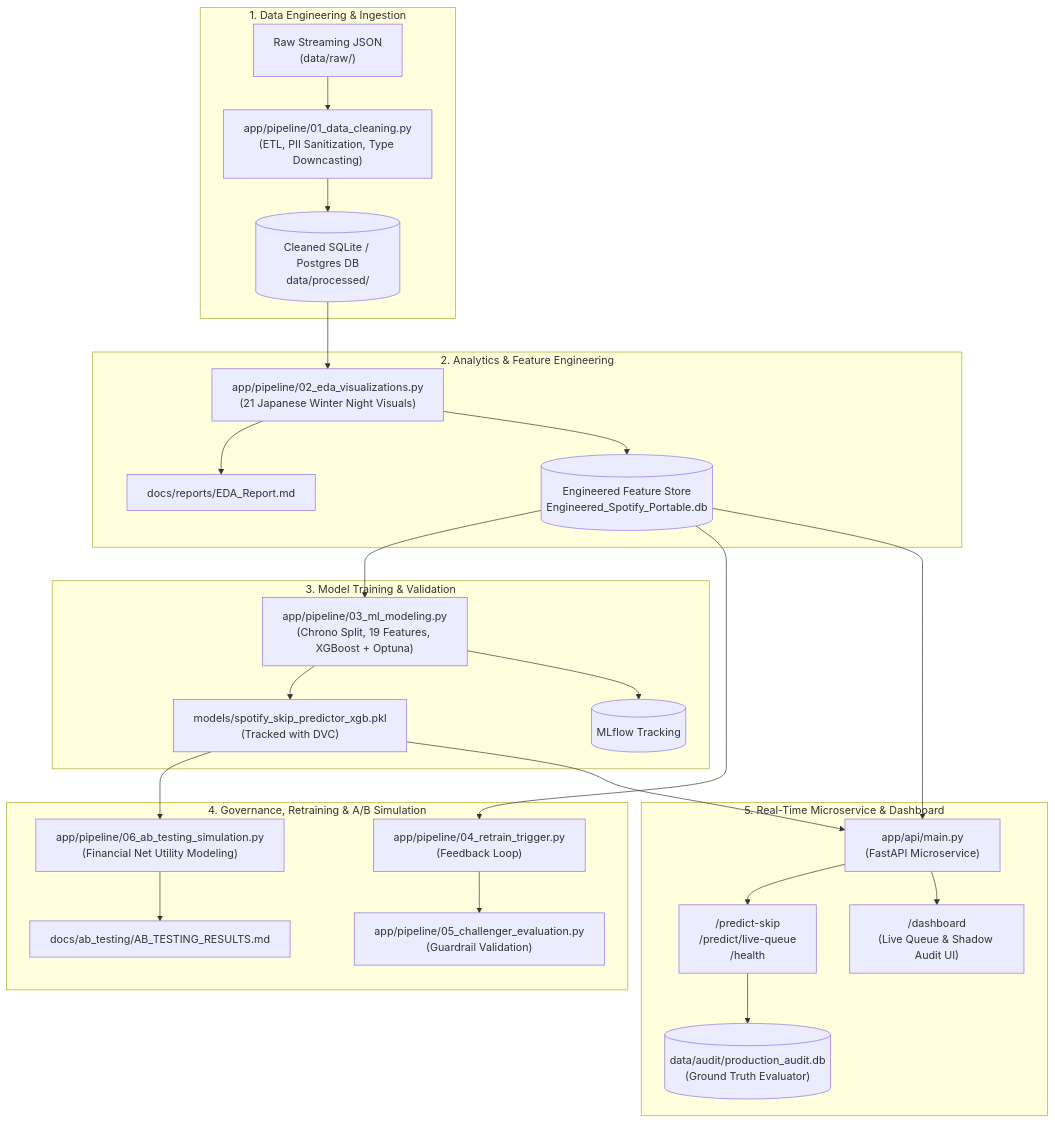
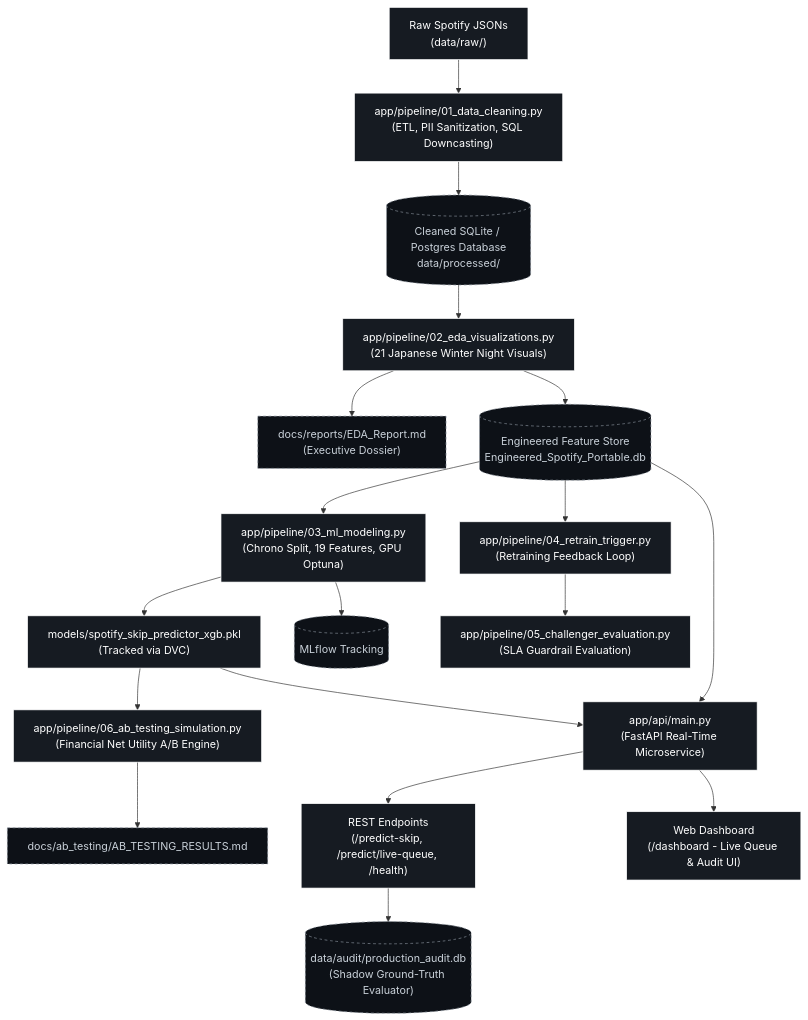
Before and after one commit to NotCatfish/Spotify-Analytics-Pipeline: the diagram in README.md, drawn with Mermaid. The commit also changed other lines of this file, not shown here.

Commit message:
docs: Fix color formatting, remove badges, clean mermaid styling, add Attempts 9-11 and AI directives

````diff
--- a/README.md
+++ b/README.md
@@ -52,34 +45,27 @@
 ```mermaid
 flowchart TD
-    subgraph Data_Engineering["1. Data Engineering & Ingestion"]
-        Raw["Raw Streaming JSON<br/>(data/raw/)"] --> Clean["app/pipeline/01_data_cleaning.py<br/>(ETL, PII Sanitization, Type Downcasting)"]
-        Clean --> DB[("Cleaned SQLite / Postgres DB<br/>data/processed/")]
-    end
+    classDef darkBox fill:#161b22,stroke:#ffffff,stroke-width:1px,color:#ffffff;
+    classDef storageBox fill:#0d1117,stroke:#8b949e,stroke-width:1px,stroke-dasharray: 4 4,color:#c9d1d9;
 
-    subgraph Analytics_Features["2. Analytics & Feature Engineering"]
-        DB --> EDA["app/pipeline/02_eda_visualizations.py<br/>(21 Japanese Winter Night Visuals)"]
-        EDA --> Report["docs/reports/EDA_Report.md"]
-        EDA --> FeatStore[("Engineered Feature Store<br/>Engineered_Spotify_Portable.db")]
-    end
+    A["Raw Spotify JSONs<br/>(data/raw/)"]:::darkBox --> B["app/pipeline/01_data_cleaning.py<br/>(ETL, PII Sanitization, SQL Downcasting)"]:::darkBox
+    B --> C[("Cleaned SQLite / Postgres Database<br/>data/processed/")]:::storageBox
+    
+    C --> D["app/pipeline/02_eda_visualizations.py<br/>(21 Japanese Winter Night Visuals)"]:::darkBox
+    D --> E["docs/reports/EDA_Report.md<br/>(Executive Dossier)"]:::storageBox
+    D --> F[("Engineered Feature Store<br/>Engineered_Spotify_Portable.db")]:::storageBox
+    
+    F --> G["app/pipeline/03_ml_modeling.py<br/>(Chrono Split, 19 Features, GPU Optuna)"]:::darkBox
+    G --> H["models/spotify_skip_predictor_xgb.pkl<br/>(Tracked via DVC)"]:::darkBox
+    G --> I[("MLflow Tracking")]:::storageBox
 
-    subgraph ML_Training["3. Model Training & Validation"]
-        FeatStore --> Train["app/pipeline/03_ml_modeling.py<br/>(Chrono Split, 19 Features, XGBoost + Optuna)"]
-        Train --> Artifacts["models/spotify_skip_predictor_xgb.pkl<br/>(Tracked with DVC)"]
-        Train --> MLflow[("MLflow Tracking")]
-    end
+    F --> J["app/pipeline/04_retrain_trigger.py<br/>(Retraining Feedback Loop)"]:::darkBox
+    J --> K["app/pipeline/05_challenger_evaluation.py<br/>(SLA Guardrail Evaluation)"]:::darkBox
+    H --> L["app/pipeline/06_ab_testing_simulation.py<br/>(Financial Net Utility A/B Engine)"]:::darkBox
+    L --> M["docs/ab_testing/AB_TESTING_RESULTS.md"]:::storageBox
 
-    subgraph Governance["4. Governance, Retraining & A/B Simulation"]
-        FeatStore --> Retrain["app/pipeline/04_retrain_trigger.py<br/>(Feedback Loop)"]
-        Retrain --> Eval["app/pipeline/05_challenger_evaluation.py<br/>(Guardrail Validation)"]
-        Artifacts --> ABSim["app/pipeline/06_ab_testing_simulation.py<br/>(Financial Net Utility Modeling)"]
-        ABSim --> ABReport["docs/ab_testing/AB_TESTING_RESULTS.md"]
-    end
-
-    subgraph Serving["5. Real-Time Microservice & Dashboard"]
-        Artifacts --> FastAPI["app/api/main.py<br/>(FastAPI Microservice)"]
-        FeatStore --> FastAPI
-        FastAPI --> Endpoints["/predict-skip<br/>/predict/live-queue<br/>/health"]
-        FastAPI --> Dash["/dashboard<br/>(Live Queue & Shadow Audit UI)"]
-        Endpoints --> ShadowDB[("data/audit/production_audit.db<br/>(Ground Truth Evaluator)")]
-    end
+    H --> N["app/api/main.py<br/>(FastAPI Real-Time Microservice)"]:::darkBox
+    F --> N
+    N --> O["REST Endpoints<br/>(/predict-skip, /predict/live-queue, /health)"]:::darkBox
+    N --> P["Web Dashboard<br/>(/dashboard - Live Queue & Audit UI)"]:::darkBox
+    O --> Q[("data/audit/production_audit.db<br/>(Shadow Ground-Truth Evaluator)")]:::storageBox
 ```
````
